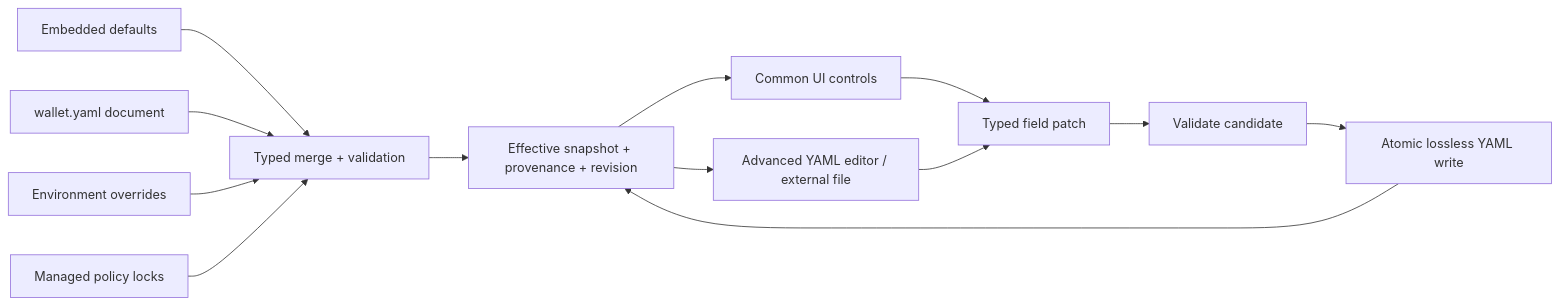
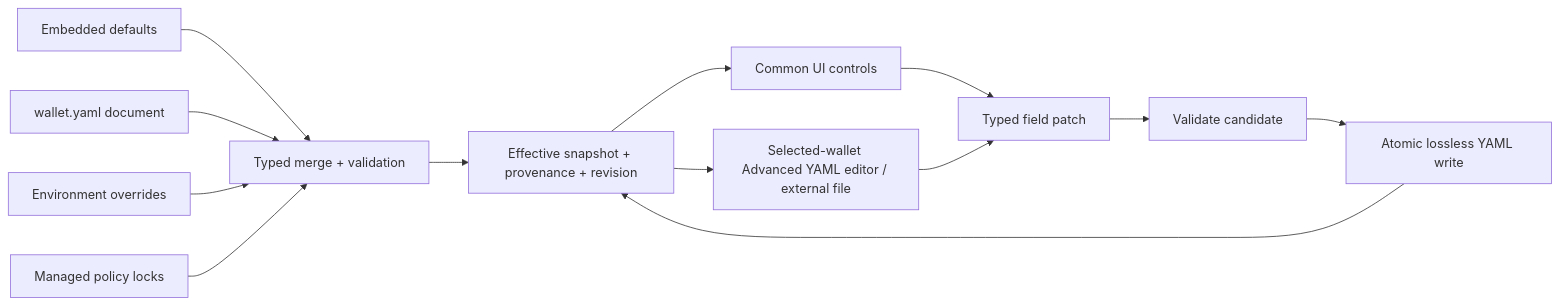
One commit to z00z-labs/z00z changed the third of 3 diagrams in .planning/phases/110-Wallet-UX-UI/UI-UX-SPEC.md. Above: the diagram before and after it, drawn with Mermaid. The commit also changed other lines of this file and 53 other files, not shown here.

````diff
--- a/.planning/phases/110-Wallet-UX-UI/UI-UX-SPEC.md
+++ b/.planning/phases/110-Wallet-UX-UI/UI-UX-SPEC.md
@@ -954,15 +954,15 @@
 ```mermaid
 flowchart LR
     D[Embedded defaults] --> M[Typed merge + validation]
     F[wallet.yaml document] --> M
     E[Environment overrides] --> M
     P[Managed policy locks] --> M
     M --> S[Effective snapshot + provenance + revision]
     S --> U[Common UI controls]
-    S --> A[Advanced YAML editor / external file]
+    S --> A[Selected-wallet Advanced YAML editor / external file]
     U --> C[Typed field patch]
     A --> C
     C --> V[Validate candidate]
     V --> W[Atomic lossless YAML write]
     W --> S
 ```
````
